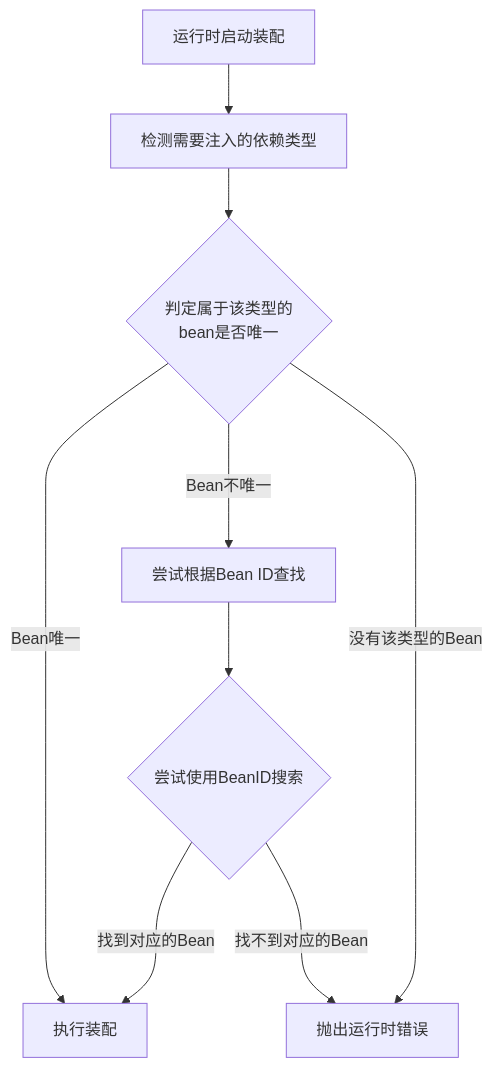
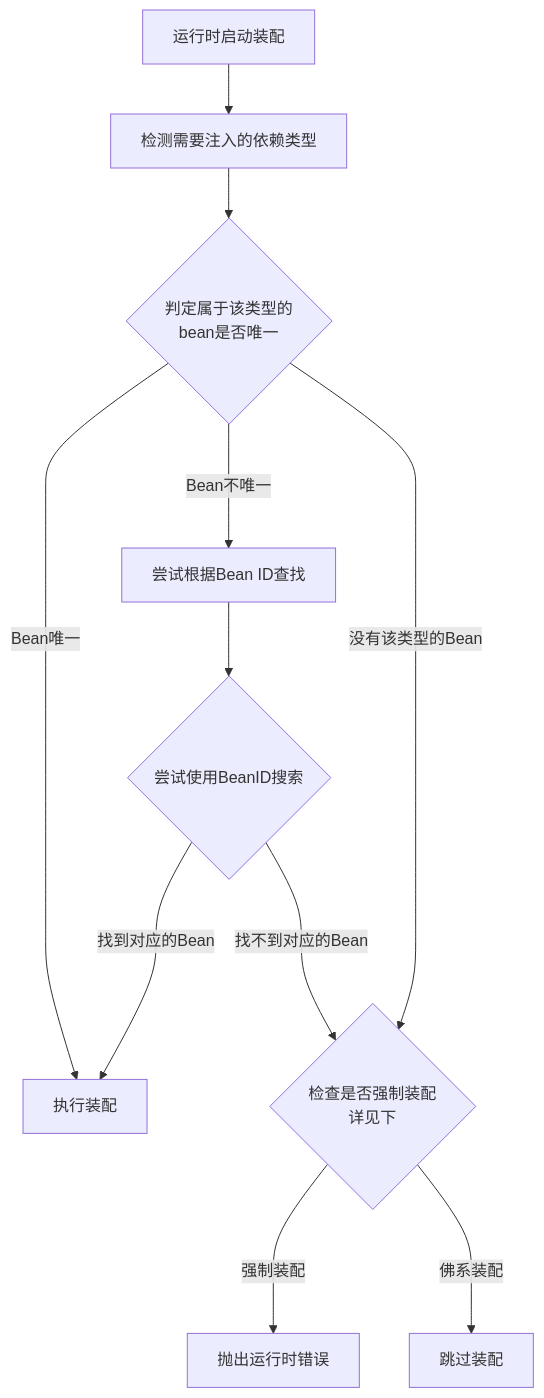
One commit to h13-0/Notebooks changed the second of 2 diagrams in 前后端编程/SSM框架/SpringFramework/Spring Framework基础.md. Above: the diagram before and after it, drawn with Mermaid. The commit also changed other lines of this file and 1 other file, not shown here.

````diff
--- a/前后端编程/SSM框架/SpringFramework/Spring Framework基础.md
+++ b/前后端编程/SSM框架/SpringFramework/Spring Framework基础.md
@@ -402,11 +401,13 @@
 ```mermaid
 flowchart TB
 	A[运行时启动装配] --> B[检测需要注入的依赖类型]
 	B --> C{判定属于该类型的<br>bean是否唯一}
 	C -- Bean唯一 ---> G[执行装配]
 	C -- Bean不唯一 ---> E[尝试根据Bean ID查找]
-	C -- 没有该类型的Bean ---> H[抛出运行时错误] 
+	C -- 没有该类型的Bean ---> H{检查是否强制装配<br>详见下} 
 	E --> F{尝试使用BeanID搜索}
 	F -- 找到对应的Bean ---> G[执行装配]
 	F -- 找不到对应的Bean ---> H
+	H -- 强制装配 ---> I[抛出运行时错误]
+	H -- 佛系装配 ---> J[跳过装配]
 ```
````
